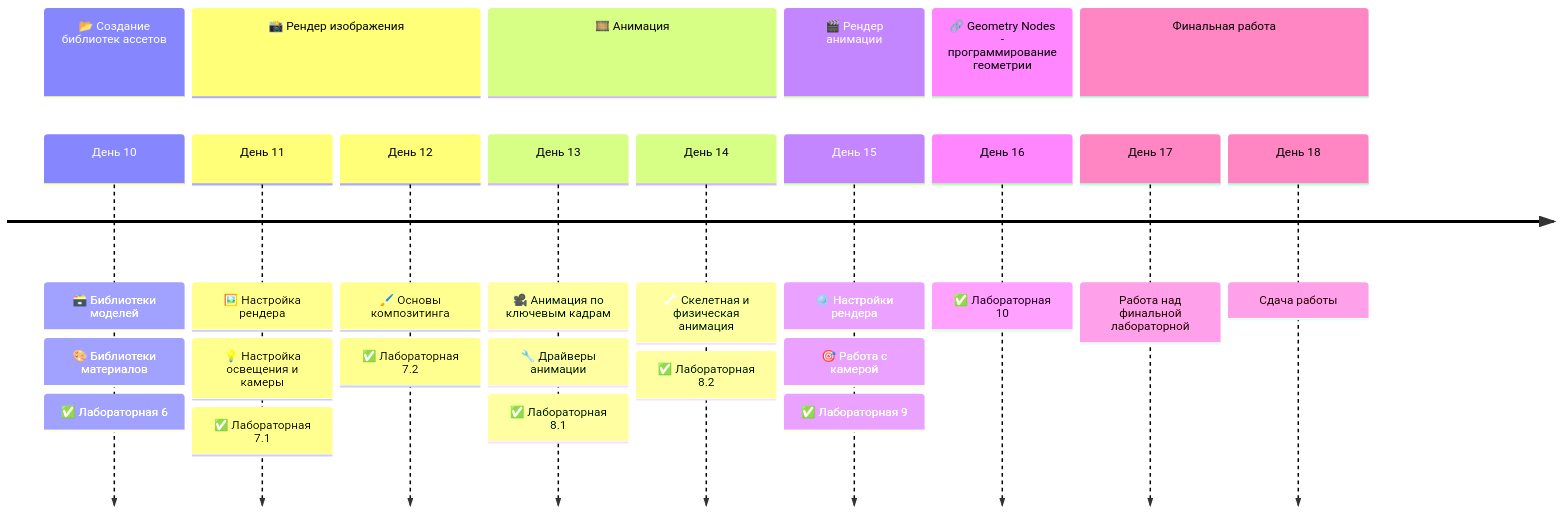
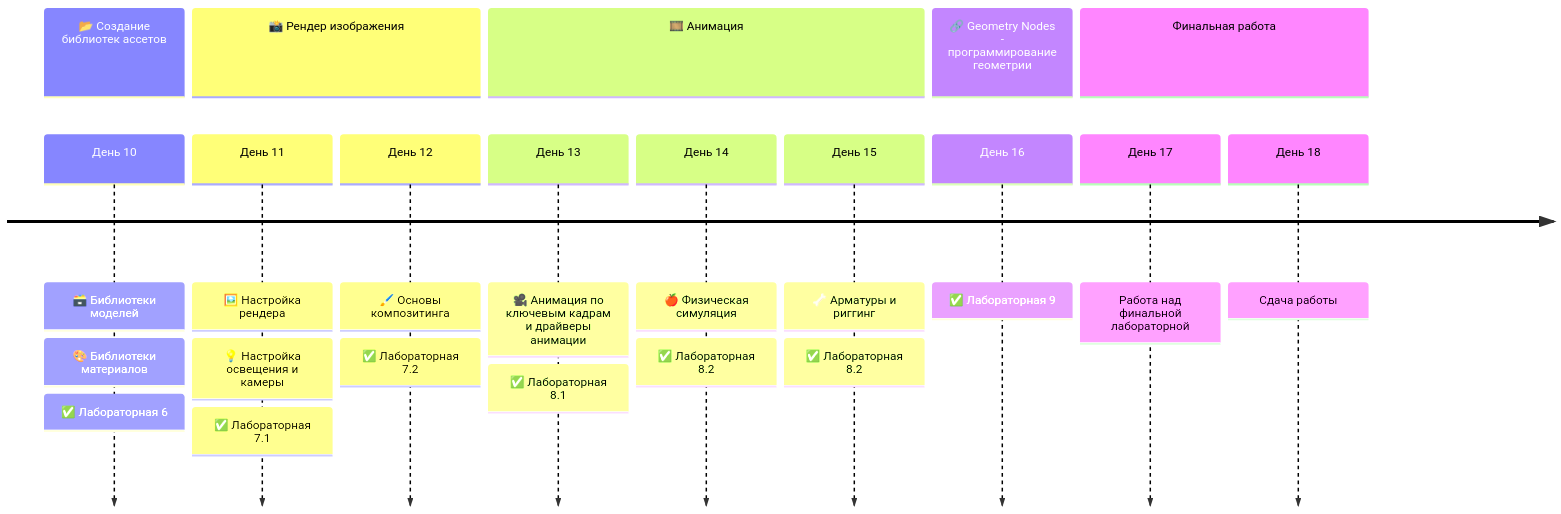
One commit to mvodya/3d-course-blender-2025 changed the second of 2 diagrams in README.md. Above: the diagram before and after it, drawn with Mermaid. The commit also changed other lines of this file, not shown here.

````diff
--- a/README.md
+++ b/README.md
@@ -92,27 +87,26 @@
 ```mermaid
 timeline      
     section 📂 Создание библиотек ассетов
         День 10 : 🗃️ Библиотеки моделей : 🎨 Библиотеки материалов :
             ✅ Лабораторная 6
     section 📸 Рендер изображения
         День 11 : 🖼️ Настройка рендера : 💡 Настройка освещения и камеры :
             ✅ Лабораторная 7.1
         День 12 : 🖌️ Основы композитинга :
             ✅ Лабораторная 7.2
     section 🎞️ Анимация
-        День 13 : 🎥 Анимация по ключевым кадрам : 🔧 Драйверы анимации :
+        День 13 : 🎥 Анимация по ключевым кадрам и драйверы анимации :
             ✅ Лабораторная 8.1
-        День 14 : 🦴 Скелетная и физическая анимация :
+        День 14 : 🍎 Физическая симуляция :
             ✅ Лабораторная 8.2
-    section 🎬 Рендер анимации
-        День 15 : ⚙️ Настройки рендера : 🎯 Работа с камерой :
-            ✅ Лабораторная 9
+        День 15 : 🦴 Арматуры и риггинг :
+            ✅ Лабораторная 8.2
     section 🔗 Geometry Nodes - программирование геометрии
         День 16 :
-            ✅ Лабораторная 10
+            ✅ Лабораторная 9
     section Финальная работа
         День 17 :
             Работа над финальной лабораторной
         День 18 :
             Сдача работы
 ```
````
